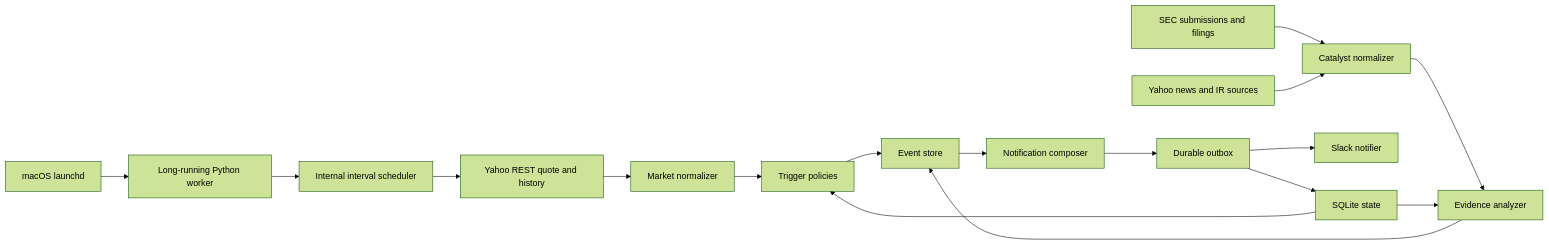
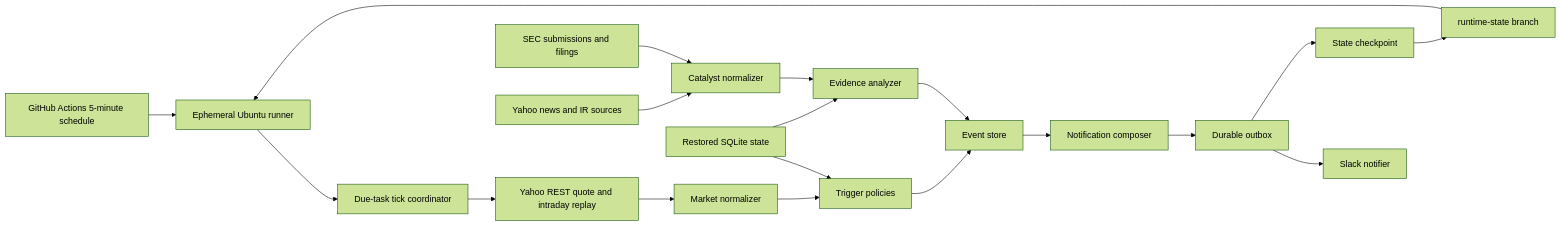
Before and after one commit to okeycsy/investing: the diagram in docs/HOOD_MONITOR_REBUILD.md, drawn with Mermaid (forest theme). The commit also changed other lines of this file and 3 other files, not shown here.

Commit message:
docs: run monitor v2 on GitHub Actions

````diff
--- a/docs/HOOD_MONITOR_REBUILD.md
+++ b/docs/HOOD_MONITOR_REBUILD.md
@@ -394,19 +399,21 @@
 ```mermaid
 flowchart LR
-    L["macOS launchd"] --> W["Long-running Python worker"]
-    W --> P["Internal interval scheduler"]
-    P --> Y["Yahoo REST quote and history"]
+    L["GitHub Actions 5-minute schedule"] --> W["Ephemeral Ubuntu runner"]
+    J["runtime-state branch"] --> W
+    W --> P["Due-task tick coordinator"]
+    P --> Y["Yahoo REST quote and intraday replay"]
     Y --> B["Market normalizer"]
     S["SEC submissions and filings"] --> C["Catalyst normalizer"]
     N["Yahoo news and IR sources"] --> C
     C --> D["Evidence analyzer"]
     B --> E["Trigger policies"]
     D --> F["Event store"]
     E --> F
     F --> G["Notification composer"]
     G --> H["Durable outbox"]
     H --> I["Slack notifier"]
-    J["SQLite state"] --> E
-    J --> D
-    H --> J
+    K["Restored SQLite state"] --> E
+    K --> D
+    H --> Q["State checkpoint"]
+    Q --> J
 ```
````
